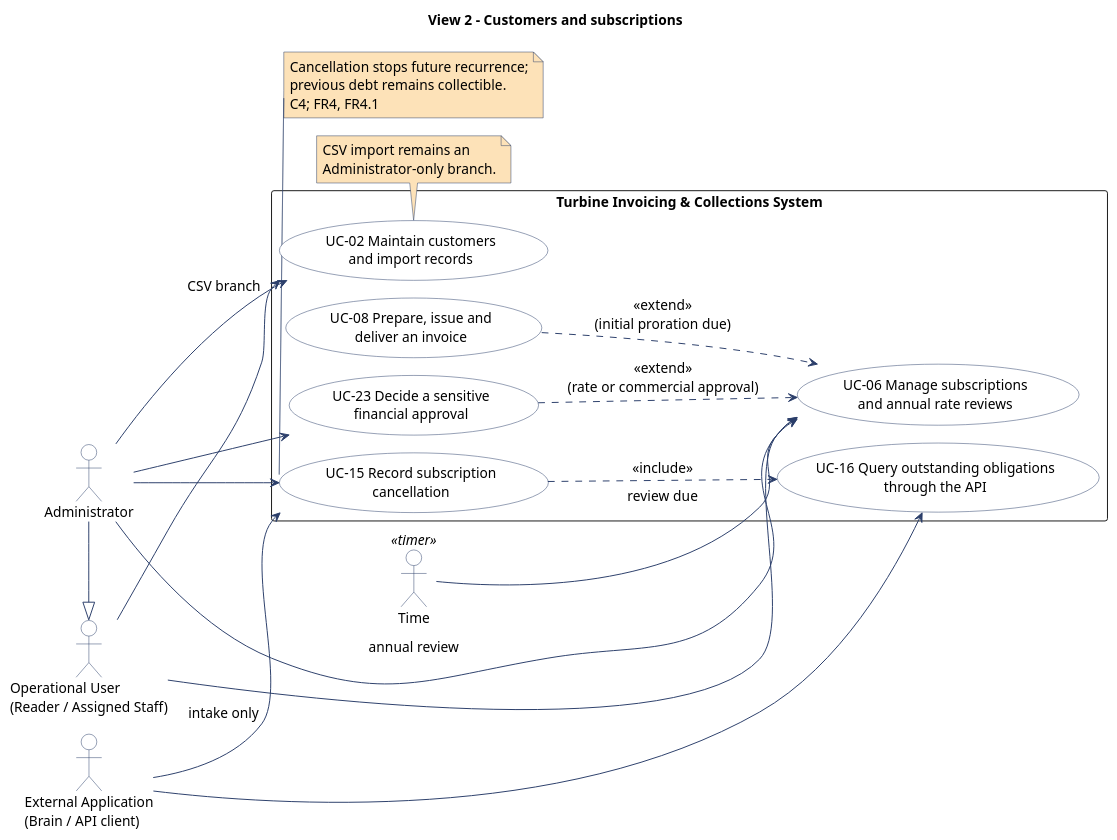
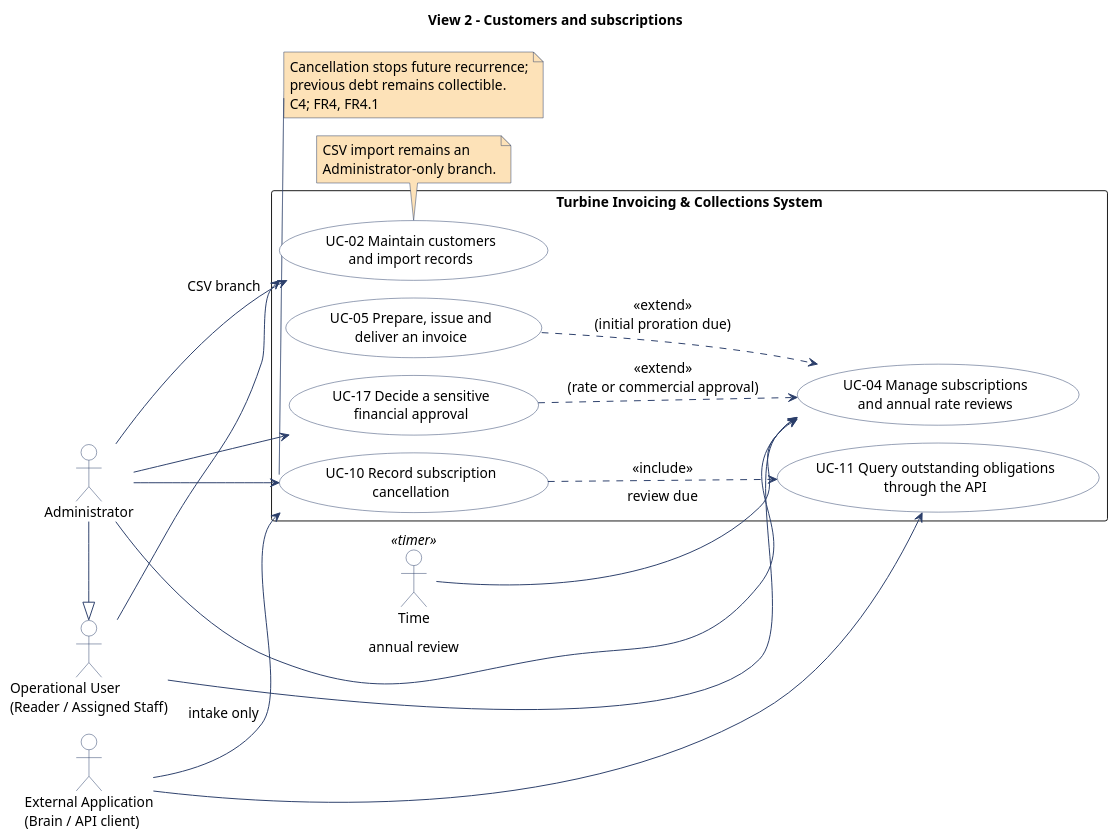
One commit to atrevete-adap/adap-project changed the second of 4 diagrams in doc/src/use-case-diagram.pu. Above: the diagram before and after it, drawn with PlantUML. The commit also changed other lines of this file and 8 other files, not shown here.

```diff
--- a/doc/src/use-case-diagram.pu
+++ b/doc/src/use-case-diagram.pu
@@ -77,67 +77,67 @@
 @startuml use-case-diagram-2-customers
 !pragma layout smetana
 left to right direction
 skinparam shadowing false
 skinparam packageStyle rectangle
 skinparam defaultFontName SansSerif
 skinparam defaultFontSize 14
 skinparam backgroundColor #FFFFFF
 skinparam usecase {
   BackgroundColor #FFFFFF
   BorderColor #2B3E6A
   FontColor #000000
 }
 skinparam actor {
   BackgroundColor #FFFFFF
   BorderColor #2B3E6A
   FontColor #000000
 }
 skinparam note {
   BackgroundColor #FDE2B8
   BorderColor #2B3E6A
 }
 skinparam arrow {
   Color #2B3E6A
 }
 title View 2 - Customers and subscriptions
 
 actor "Operational User\n(Reader / Assigned Staff)" as OpUser
 actor "Administrator" as Admin
 actor "Time" as Time <<timer>>
 actor "External Application\n(Brain / API client)" as ExtApp
 
 rectangle "Turbine Invoicing & Collections System" {
   usecase "UC-02 Maintain customers\nand import records" as UC02
-  usecase "UC-06 Manage subscriptions\nand annual rate reviews" as UC06
-  usecase "UC-15 Record subscription\ncancellation" as UC15
-  usecase "UC-16 Query outstanding obligations\nthrough the API" as UC16
-  usecase "UC-08 Prepare, issue and\ndeliver an invoice" as UC08
-  usecase "UC-23 Decide a sensitive\nfinancial approval" as UC23
+  usecase "UC-04 Manage subscriptions\nand annual rate reviews" as UC04
+  usecase "UC-10 Record subscription\ncancellation" as UC10
+  usecase "UC-11 Query outstanding obligations\nthrough the API" as UC11
+  usecase "UC-05 Prepare, issue and\ndeliver an invoice" as UC05
+  usecase "UC-17 Decide a sensitive\nfinancial approval" as UC17
 }
 
 Admin -|> OpUser
 OpUser --> UC02
 Admin --> UC02 : CSV branch
-OpUser --> UC06
-Admin --> UC06 : annual review
-Time --> UC06 : review due
-Admin --> UC15
-ExtApp --> UC15 : intake only
-ExtApp --> UC16
-Admin --> UC23
-UC15 ..> UC16 : <<include>>
-UC08 ..> UC06 : <<extend>>\n(initial proration due)
-UC23 ..> UC06 : <<extend>>\n(rate or commercial approval)
+OpUser --> UC04
+Admin --> UC04 : annual review
+Time --> UC04 : review due
+Admin --> UC10
+ExtApp --> UC10 : intake only
+ExtApp --> UC11
+Admin --> UC17
+UC10 ..> UC11 : <<include>>
+UC05 ..> UC04 : <<extend>>\n(initial proration due)
+UC17 ..> UC04 : <<extend>>\n(rate or commercial approval)
 
 note bottom of UC02
   CSV import remains an
   Administrator-only branch.
 end note
 
-note bottom of UC15
+note bottom of UC10
   Cancellation stops future recurrence;
   previous debt remains collectible.
   C4; FR4, FR4.1
 end note
 
 @enduml
```
